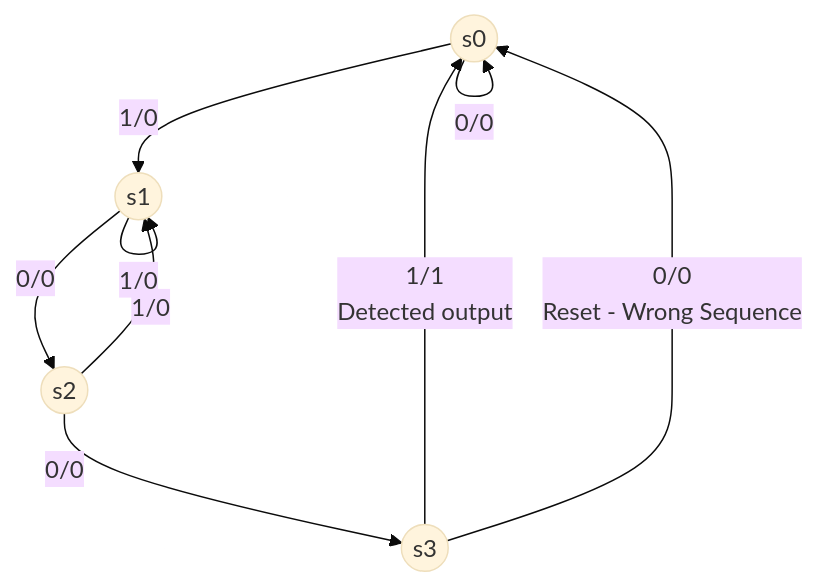
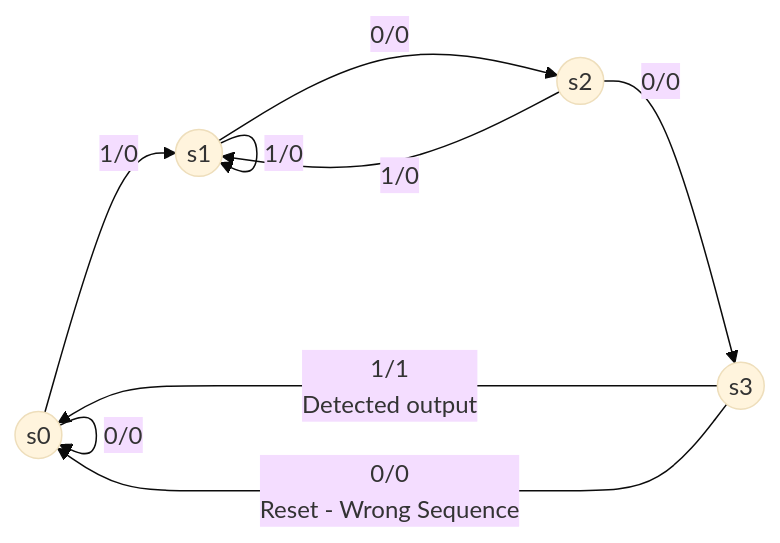
The third of 4 diagrams in docs/2_Core/Digital_Design/13_FSM.md (uni-notes/uni-notes), drawn with Mermaid (base theme) before and after one commit. The commit also changed other lines of this file and 12 other files, not shown here.

First line of the commit message:
Setting flowchart directions to LR, wherever possible

````diff
--- a/docs/2_Core/Digital_Design/13_FSM.md
+++ b/docs/2_Core/Digital_Design/13_FSM.md
@@ -165,14 +165,14 @@
 ```mermaid
-flowchart
+flowchart LR
 0((s0))
 1((s1))
 2((s2))
 3((s3))
 
 0 -->|1/0| 1 -->|0/0| 2 -->|0/0|3 -->|1/1 <br /> Detected output| 0
 
 0 -->|0/0| 0
 1 -->|1/0| 1
 2 -->|1/0| 1
 3 -->|0/0 <br /> Reset - Wrong Sequence| 0
 ```
````
